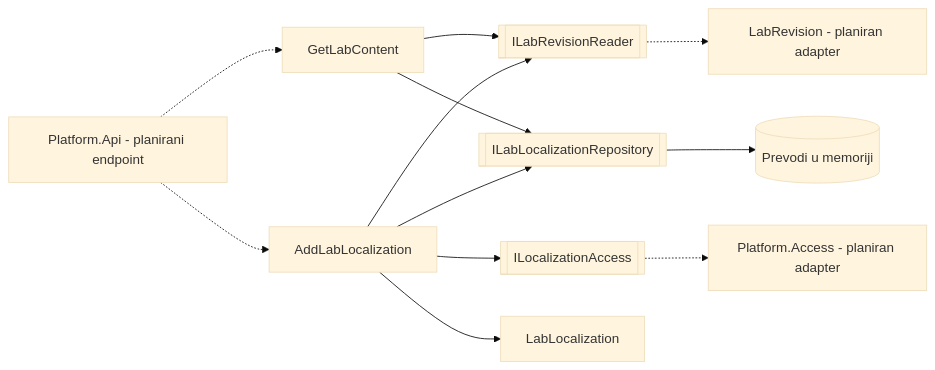
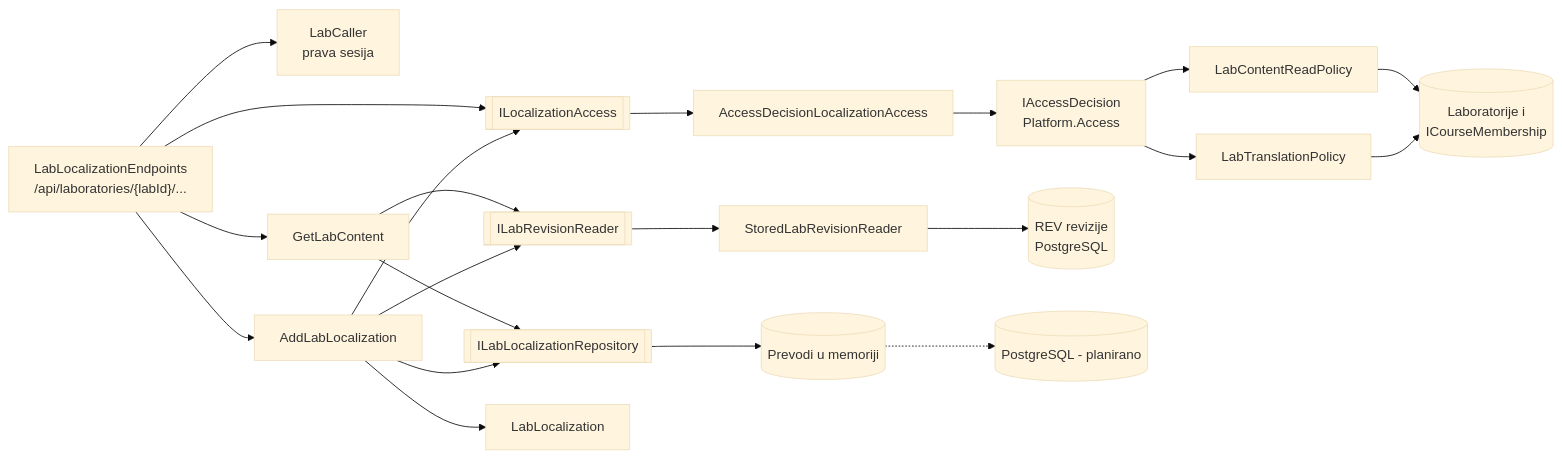
One commit to djufa762x39/security-lab changed the first of 2 diagrams in docs/components/LAB-07-localization.md. Above: the diagram before and after it, drawn with Mermaid (base theme). The commit also changed other lines of this file, not shown here.

Commit message:
LAB-07: update component doc for API integration and test results

````diff
--- a/docs/components/LAB-07-localization.md
+++ b/docs/components/LAB-07-localization.md
@@ -30,14 +51,23 @@
 ```mermaid
 flowchart LR
-  API["Platform.Api - planirani endpoint"] -.-> GET["GetLabContent"]
-  API -.-> ADD["AddLabLocalization"]
+  API["LabLocalizationEndpoints<br/>/api/laboratories/{labId}/..."] --> CALLER["LabCaller<br/>prava sesija"]
+  API --> GET["GetLabContent"]
+  API --> ADD["AddLabLocalization"]
+  API --> ACC[["ILocalizationAccess"]]
+  ADD --> ACC
   GET --> REV[["ILabRevisionReader"]]
   GET --> REPO[["ILabLocalizationRepository"]]
-  ADD --> ACC[["ILocalizationAccess"]]
   ADD --> REV
   ADD --> REPO
   ADD --> DOM["LabLocalization"]
+  ACC --> AD["AccessDecisionLocalizationAccess"]
+  AD --> CENTRAL["IAccessDecision<br/>Platform.Access"]
+  CENTRAL --> PR["LabContentReadPolicy"]
+  CENTRAL --> PT["LabTranslationPolicy"]
+  PR --> LABS[("Laboratorije i<br/>ICourseMembership")]
+  PT --> LABS
+  REV --> SR["StoredLabRevisionReader"]
+  SR --> REVDB[("REV revizije<br/>PostgreSQL")]
   REPO --> MEM[("Prevodi u memoriji")]
-  REV -.-> LR["LabRevision - planiran adapter"]
-  ACC -.-> PA["Platform.Access - planiran adapter"]
+  MEM -.-> PG[("PostgreSQL - planirano")]
 ```
````
